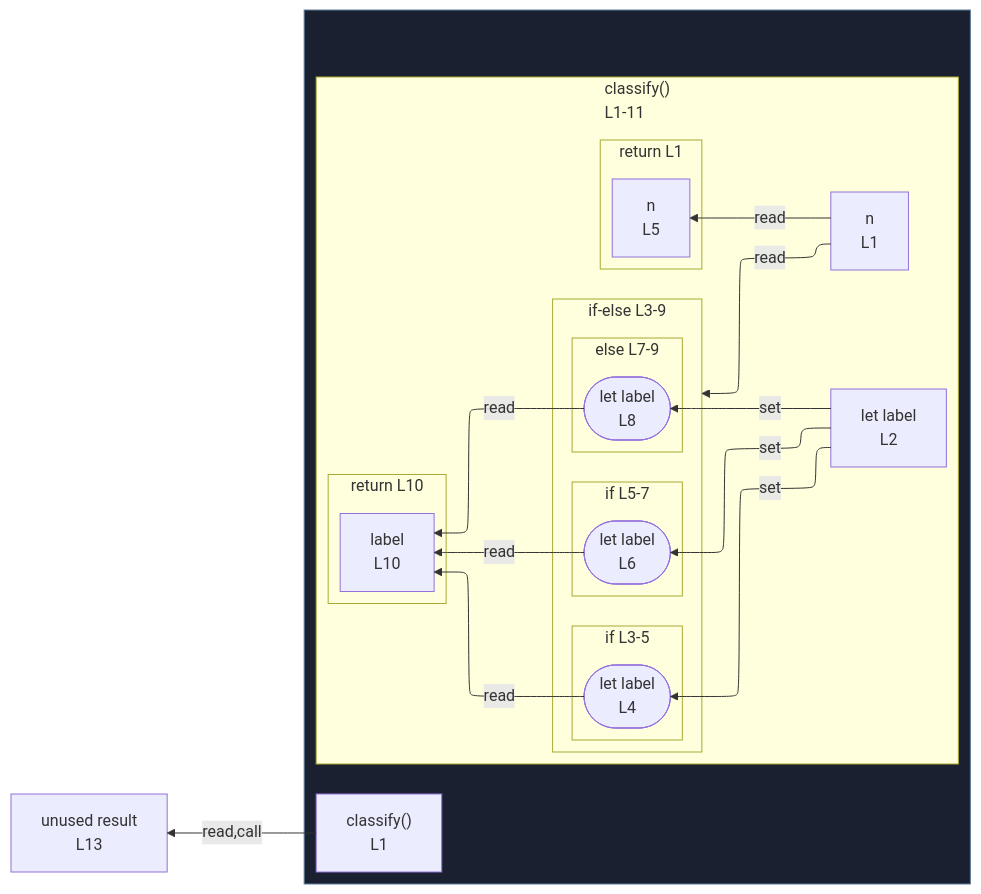
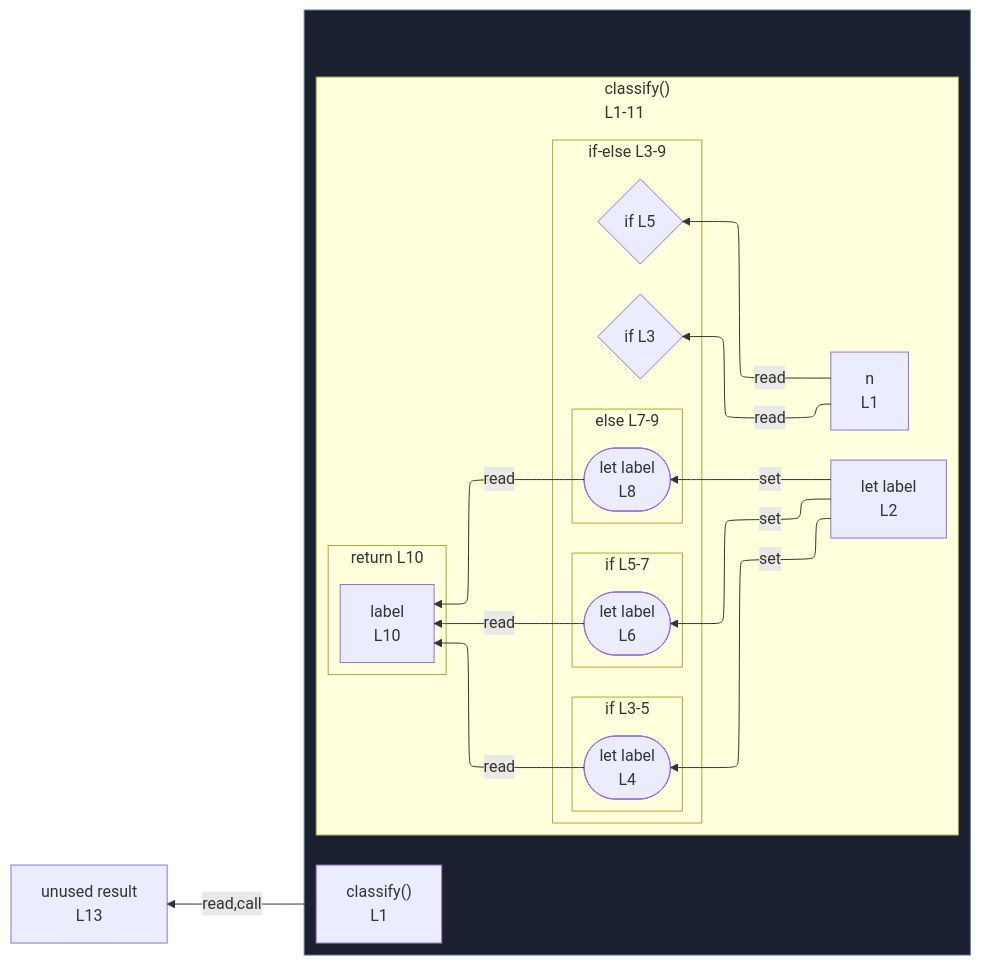
The diagram in integration/fixtures/control-if-else-chain/preview.md (crescware/unsnarl), drawn with Mermaid before and after one commit. The commit also changed 42 other files, not shown here.

````diff
--- a/integration/fixtures/control-if-else-chain/preview.md
+++ b/integration/fixtures/control-if-else-chain/preview.md
@@ -23,48 +23,46 @@
 ```mermaid
 %%{init: {"flowchart": {"defaultRenderer": "elk"}}}%%
 flowchart RL
   n_scope_0_result_189["unused result<br/>L13"]
   subgraph wrap_s_scope_1[" "]
     direction TB
     n_scope_0_classify_9["classify()<br/>L1"]
     subgraph s_scope_1["classify()<br/>L1-11"]
       direction RL
       n_scope_1_n_18["n<br/>L1"]
       n_scope_1_label_37["let label<br/>L2"]
       subgraph cont_if_scope_1_46["if-else L3-9"]
         direction RL
+        if_test_scope_1_46{"if L3"}
+        if_test_scope_1_92{"if L5"}
         subgraph s_scope_2["if L3-5"]
           direction RL
           wr_ref_1(["let label<br/>L4"])
         end
         subgraph s_scope_3["if L5-7"]
           direction RL
           wr_ref_3(["let label<br/>L6"])
         end
         subgraph s_scope_4["else L7-9"]
           direction RL
           wr_ref_4(["let label<br/>L8"])
         end
       end
-      subgraph s_return_scope_0_classify_9_implicit["return L1"]
-        direction RL
-        ret_use_ref_2["n<br/>L5"]
-      end
       subgraph s_return_scope_0_classify_9_166_179["return L10"]
         direction RL
         ret_use_ref_5["label<br/>L10"]
       end
     end
   end
   n_scope_1_label_37 -->|set| wr_ref_1
   n_scope_1_label_37 -->|set| wr_ref_3
   n_scope_1_label_37 -->|set| wr_ref_4
-  n_scope_1_n_18 -->|read| cont_if_scope_1_46
-  n_scope_1_n_18 -->|read| ret_use_ref_2
+  n_scope_1_n_18 -->|read| if_test_scope_1_46
+  n_scope_1_n_18 -->|read| if_test_scope_1_92
   wr_ref_1 -->|read| ret_use_ref_5
   wr_ref_3 -->|read| ret_use_ref_5
   wr_ref_4 -->|read| ret_use_ref_5
   n_scope_0_classify_9 -->|read,call| n_scope_0_result_189
   classDef fnWrap fill:#1a2030,stroke:#5a7d99;
   class wrap_s_scope_1 fnWrap;
 ```
````
